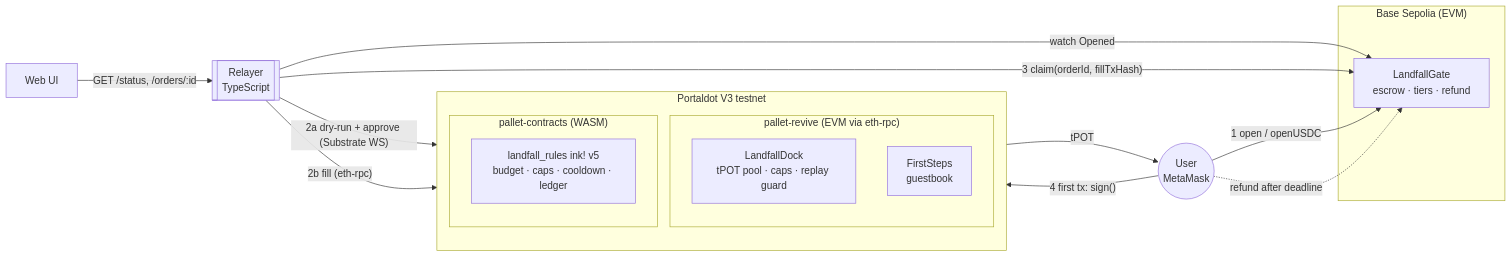
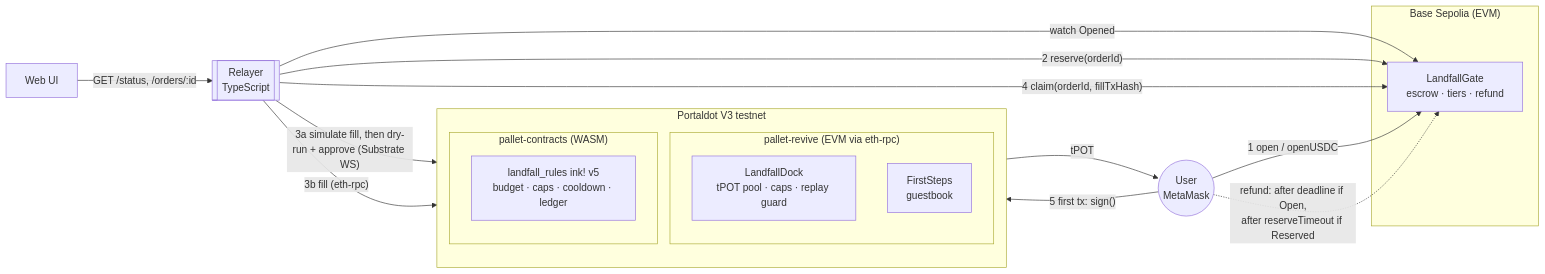
The first of 2 diagrams in README.md (itsolaph/dotgas), drawn with Mermaid before and after one commit. The commit also changed other lines of this file and 4 other files, not shown here.

First line of the commit message:
docs, web: reservation flow, trust model and risks; Reserved status in the UI

````diff
--- a/README.md
+++ b/README.md
@@ -24,25 +25,26 @@
 ```mermaid
 flowchart LR
   subgraph Base["Base Sepolia (EVM)"]
     G[LandfallGate<br/>escrow · tiers · refund]
   end
   subgraph PD["Portaldot V3 testnet"]
     direction TB
     subgraph REVIVE["pallet-revive (EVM via eth-rpc)"]
       D[LandfallDock<br/>tPOT pool · caps · replay guard]
       F[FirstSteps<br/>guestbook]
     end
     subgraph WASM["pallet-contracts (WASM)"]
       R[landfall_rules ink! v5<br/>budget · caps · cooldown · ledger]
     end
   end
   U((User<br/>MetaMask)) -- "1 open / openUSDC" --> G
   RL[[Relayer<br/>TypeScript]] -- "watch Opened" --> G
-  RL -- "2a dry-run + approve (Substrate WS)" --> R
-  RL -- "2b fill (eth-rpc)" --> D
+  RL -- "2 reserve(orderId)" --> G
+  RL -- "3a simulate fill, then dry-run + approve (Substrate WS)" --> R
+  RL -- "3b fill (eth-rpc)" --> D
   D -- "tPOT" --> U
-  RL -- "3 claim(orderId, fillTxHash)" --> G
-  U -- "4 first tx: sign()" --> F
-  U -. "refund after deadline" .-> G
+  RL -- "4 claim(orderId, fillTxHash)" --> G
+  U -- "5 first tx: sign()" --> F
+  U -. "refund: after deadline if Open,<br/>after reserveTimeout if Reserved" .-> G
   W[Web UI] -- "GET /status, /orders/:id" --> RL
 ```
````
